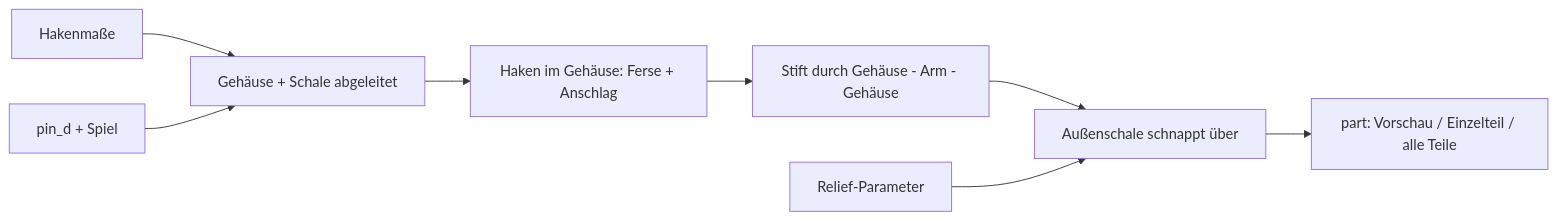
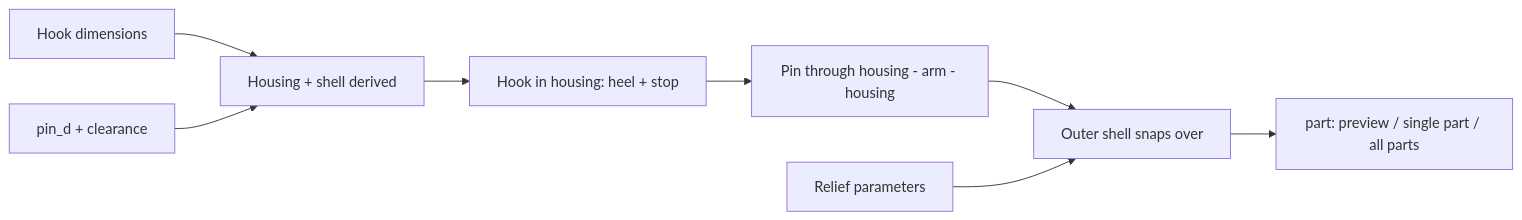
The diagram in models/parametric-wall-hook/README.md (BetaHydri/parametric-cad-models), drawn with Mermaid before and after one commit. The commit also changed other lines of this file and 57 other files, not shown here.

````diff
--- a/models/parametric-wall-hook/README.md
+++ b/models/parametric-wall-hook/README.md
@@ -251,10 +252,10 @@
 ```mermaid
 flowchart LR
-    H[Hakenmaße] --> G[Gehäuse + Schale abgeleitet]
-    P[pin_d + Spiel] --> G
-    G --> A[Haken im Gehäuse: Ferse + Anschlag]
-    A --> S[Stift durch Gehäuse - Arm - Gehäuse]
-    S --> C[Außenschale schnappt über]
-    R[Relief-Parameter] --> C
-    C --> O[part: Vorschau / Einzelteil / alle Teile]
+    H[Hook dimensions] --> G[Housing + shell derived]
+    P[pin_d + clearance] --> G
+    G --> A[Hook in housing: heel + stop]
+    A --> S[Pin through housing - arm - housing]
+    S --> C[Outer shell snaps over]
+    R[Relief parameters] --> C
+    C --> O[part: preview / single part / all parts]
 ```
````
